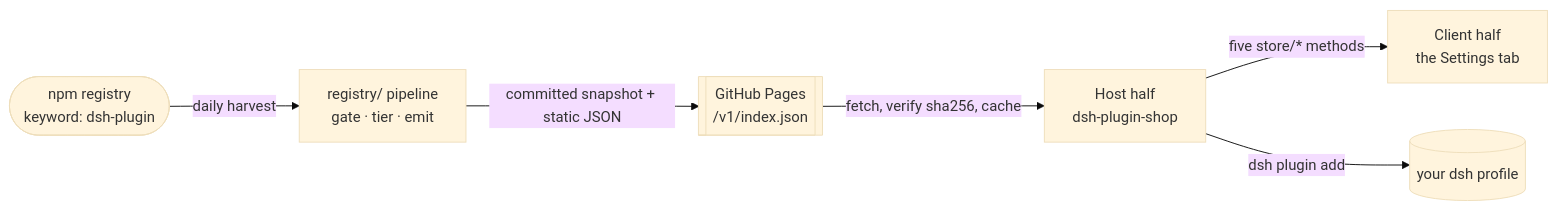
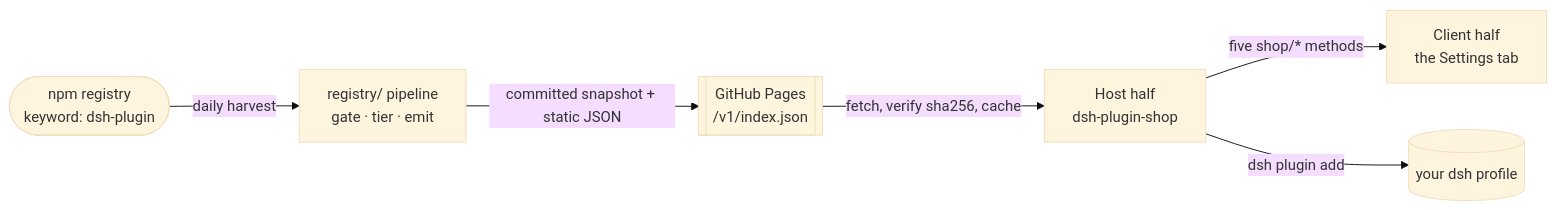
Before and after one commit to LivXue/dsh-plugin-shop: the diagram in README.md, drawn with Mermaid (base theme). The commit also changed other lines of this file and 35 other files, not shown here.

````diff
--- a/README.md
+++ b/README.md
@@ -38,8 +38,8 @@
 ```mermaid
 flowchart LR
   npm(["npm registry<br/>keyword: dsh-plugin"]) -->|daily harvest| build["registry/ pipeline<br/>gate · tier · emit"]
   build -->|committed snapshot + static JSON| pages[["GitHub Pages<br/>/v1/index.json"]]
   pages -->|fetch, verify sha256, cache| host["Host half<br/>dsh-plugin-shop"]
-  host -->|five store/* methods| client["Client half<br/>the Settings tab"]
+  host -->|five shop/* methods| client["Client half<br/>the Settings tab"]
   host -->|dsh plugin add| profile[("your dsh profile")]
 ```
````
